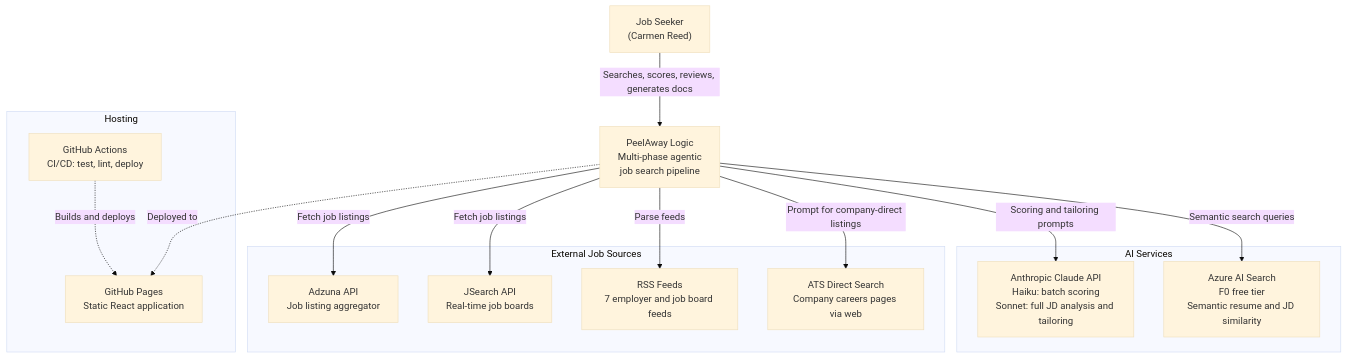
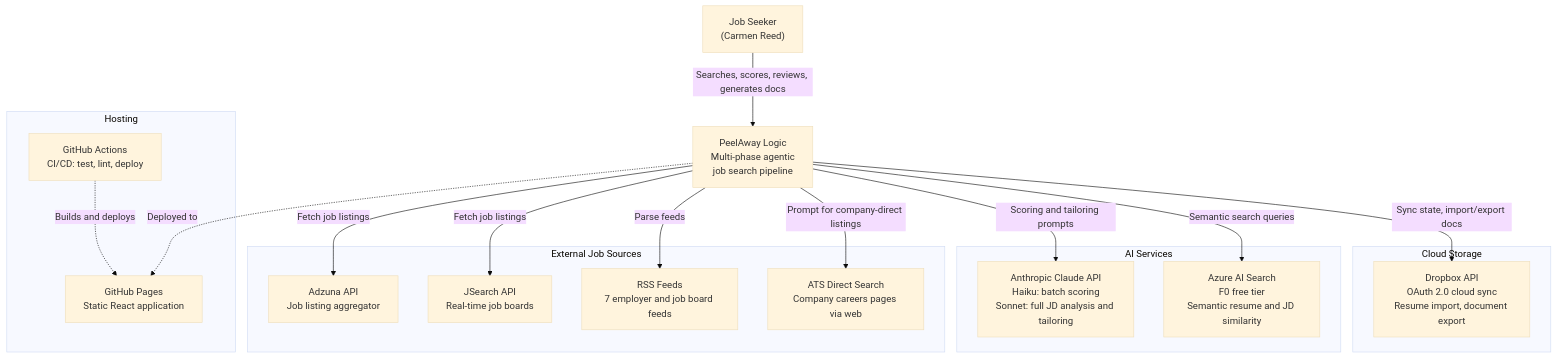
Before and after one commit to CarmenReed/AI-Claude-Code-Ecosystem: the first of 5 diagrams in peelaway-logic/docs/architecture/ARCHITECTURE.md, drawn with Mermaid (base theme). The commit also changed other lines of this file and 9 other files, not shown here.

First line of the commit message:
docs(peelaway-logic): fix architecture audit findings and sync with actual repo

````diff
--- a/peelaway-logic/docs/architecture/ARCHITECTURE.md
+++ b/peelaway-logic/docs/architecture/ARCHITECTURE.md
@@ -14,33 +14,38 @@
 ```mermaid
 graph TB
     User["Job Seeker\n(Carmen Reed)"]
 
     subgraph External_APIs["External Job Sources"]
         Adzuna["Adzuna API\nJob listing aggregator"]
         JSearch["JSearch API\nReal-time job boards"]
         RSS["RSS Feeds\n7 employer and job board feeds"]
         ATS["ATS Direct Search\nCompany careers pages via web"]
     end
 
     subgraph AI_Services["AI Services"]
         Claude["Anthropic Claude API\nHaiku: batch scoring\nSonnet: full JD analysis and tailoring"]
         AzureSearch["Azure AI Search\nF0 free tier\nSemantic resume and JD similarity"]
     end
 
+    subgraph Cloud_Storage["Cloud Storage"]
+        DropboxAPI["Dropbox API\nOAuth 2.0 cloud sync\nResume import, document export"]
+    end
+
     subgraph Hosting["Hosting"]
         GHPages["GitHub Pages\nStatic React application"]
         GHActions["GitHub Actions\nCI/CD: test, lint, deploy"]
     end
 
     PeelAway["PeelAway Logic\nMulti-phase agentic\njob search pipeline"]
 
     User -->|"Searches, scores, reviews, generates docs"| PeelAway
     PeelAway -->|"Fetch job listings"| Adzuna
     PeelAway -->|"Fetch job listings"| JSearch
     PeelAway -->|"Parse feeds"| RSS
     PeelAway -->|"Prompt for company-direct listings"| ATS
     PeelAway -->|"Scoring and tailoring prompts"| Claude
     PeelAway -->|"Semantic search queries"| AzureSearch
+    PeelAway -->|"Sync state, import/export docs"| DropboxAPI
     PeelAway -.->|"Deployed to"| GHPages
     GHActions -.->|"Builds and deploys"| GHPages
 ```
````
